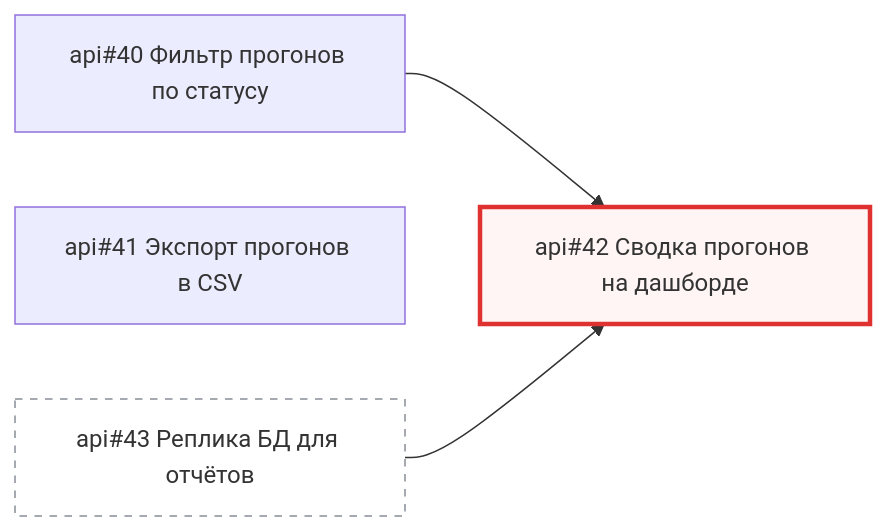
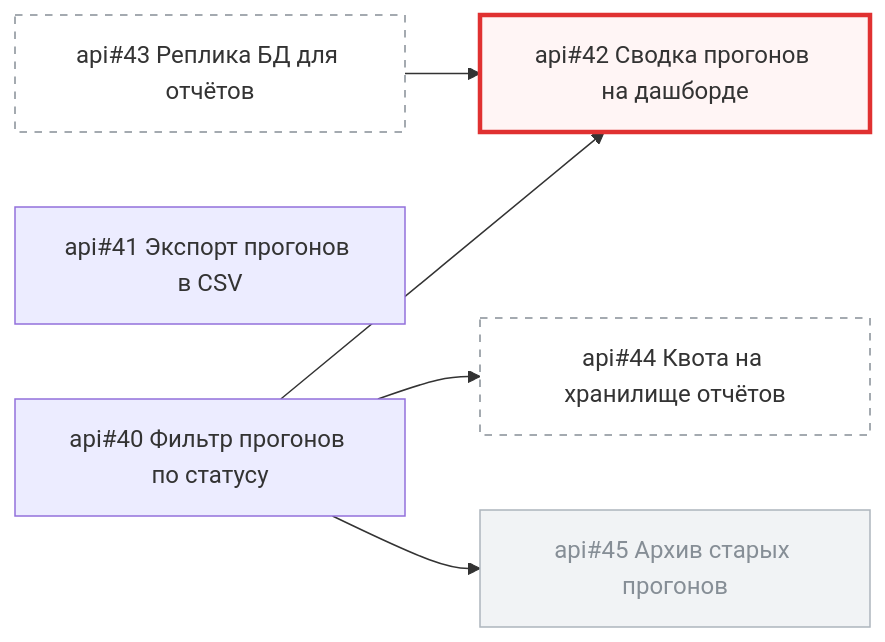
One commit to larchanka-training/dmc-268-ui-t6 changed the diagram in .agents/skills/issue-graph/tests/golden/pagination.md. Above: the diagram before and after it, drawn with Mermaid. The commit also changed other lines of this file and 10 other files, not shown here.

First line of the commit message:
test(agents): pin issue-graph paging, statuses and title escaping

````diff
--- a/.agents/skills/issue-graph/tests/golden/pagination.md
+++ b/.agents/skills/issue-graph/tests/golden/pagination.md
@@ -7,16 +7,21 @@
 ```mermaid
 flowchart LR
   api_40["api#35;40 Фильтр прогонов по статусу"]
   api_41["api#35;41 Экспорт прогонов в CSV"]
   api_42["api#35;42 Сводка прогонов на дашборде"]
   api_43["api#35;43 Реплика БД для отчётов"]
+  api_44["api#35;44 Квота на хранилище отчётов"]
+  api_45["api#35;45 Архив старых прогонов"]
   api_40 --> api_42
+  api_40 --> api_44
+  api_40 --> api_45
   api_43 --> api_42
   classDef done fill:#f1f3f5,stroke:#adb5bd,color:#868e96
   classDef progress fill:#e7f5ff,stroke:#1c7ed6
   classDef review fill:#fff9db,stroke:#f08c00
   classDef alarm fill:#fff5f5,stroke:#e03131,stroke-width:3px
   classDef external fill:#ffffff,stroke:#868e96,stroke-dasharray:5 5
+  class api_45 done
   class api_42 alarm
-  class api_43 external
+  class api_43,api_44 external
 ```
````
